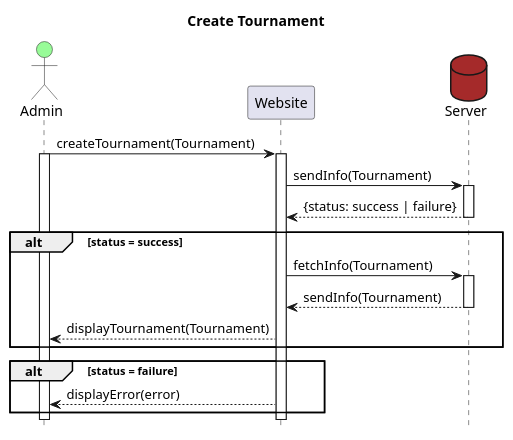
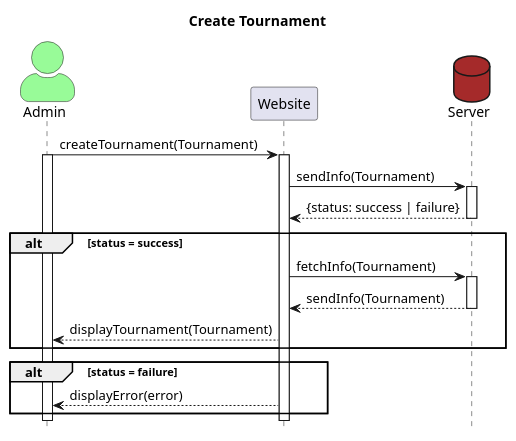
One commit to felixalbrigtsen/asura-tmdb changed the diagram in documentation/sequence_diagrams/sequenceDiagramCreate.puml. Above: the diagram before and after it, drawn with PlantUML. The commit also changed 7 other files, not shown here.

```diff
--- a/documentation/sequence_diagrams/sequenceDiagramCreate.puml
+++ b/documentation/sequence_diagrams/sequenceDiagramCreate.puml
@@ -1,27 +1,29 @@
 @startuml Create Tournament
 title Create Tournament
+skinparam actorStyle awesome
+
 Actor Admin #palegreen
 participant Website
 database Server #brown
 hide footbox
 
 Admin->Website: createTournament(Tournament)
 activate Admin
 activate Website
 Website->Server: sendInfo(Tournament)
 activate Server
 Server-->Website: {status: success | failure}
 deactivate Server
 alt status = success
 Website->Server: fetchInfo(Tournament)
 activate Server
 Server-->Website: sendInfo(Tournament)
 deactivate Server
 Website-->Admin: displayTournament(Tournament)
 end
 alt status = failure
 Website-->Admin: displayError(error)
 end
 deactivate Admin
 deactivate Website
 @enduml
```
